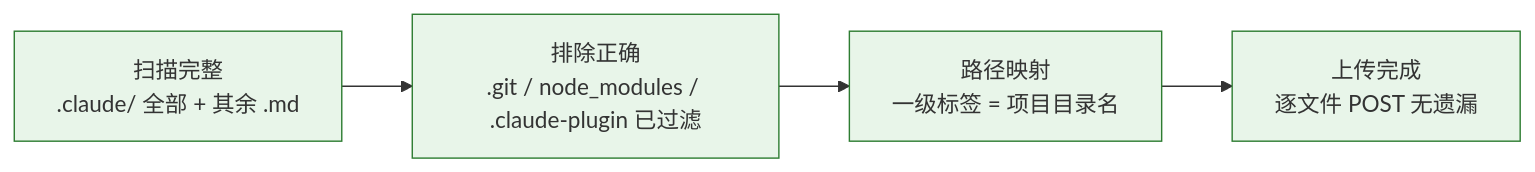
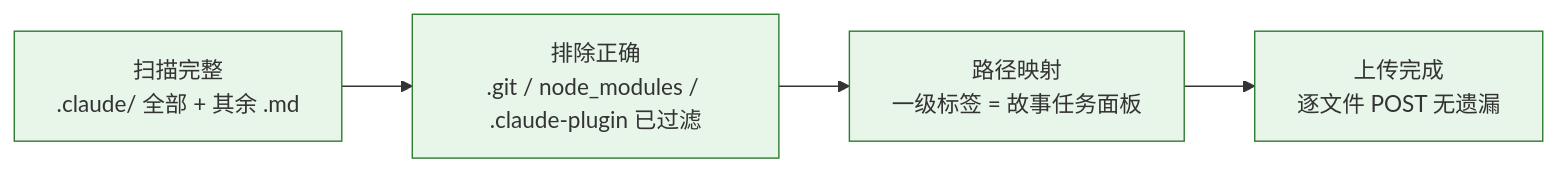
The eighth of 8 diagrams in skills/import-docs/SKILL.md (effiy/YrY), drawn with Mermaid before and after one commit. The commit also changed other lines of this file and 3 other files, not shown here.

````diff
--- a/skills/import-docs/SKILL.md
+++ b/skills/import-docs/SKILL.md
@@ -284,8 +284,8 @@
 ```mermaid
 flowchart LR
     S1["扫描完整<br/>.claude/ 全部 + 其余 .md"]:::sig --> S2["排除正确<br/>.git / node_modules / .claude-plugin 已过滤"]:::sig
-    S2 --> S3["路径映射<br/>一级标签 = 项目目录名"]:::sig
+    S2 --> S3["路径映射<br/>一级标签 = 故事任务面板"]:::sig
     S3 --> S4["上传完成<br/>逐文件 POST 无遗漏"]:::sig
 
     classDef sig fill:#e8f5e9,stroke:#2e7d32;
 ```
````
